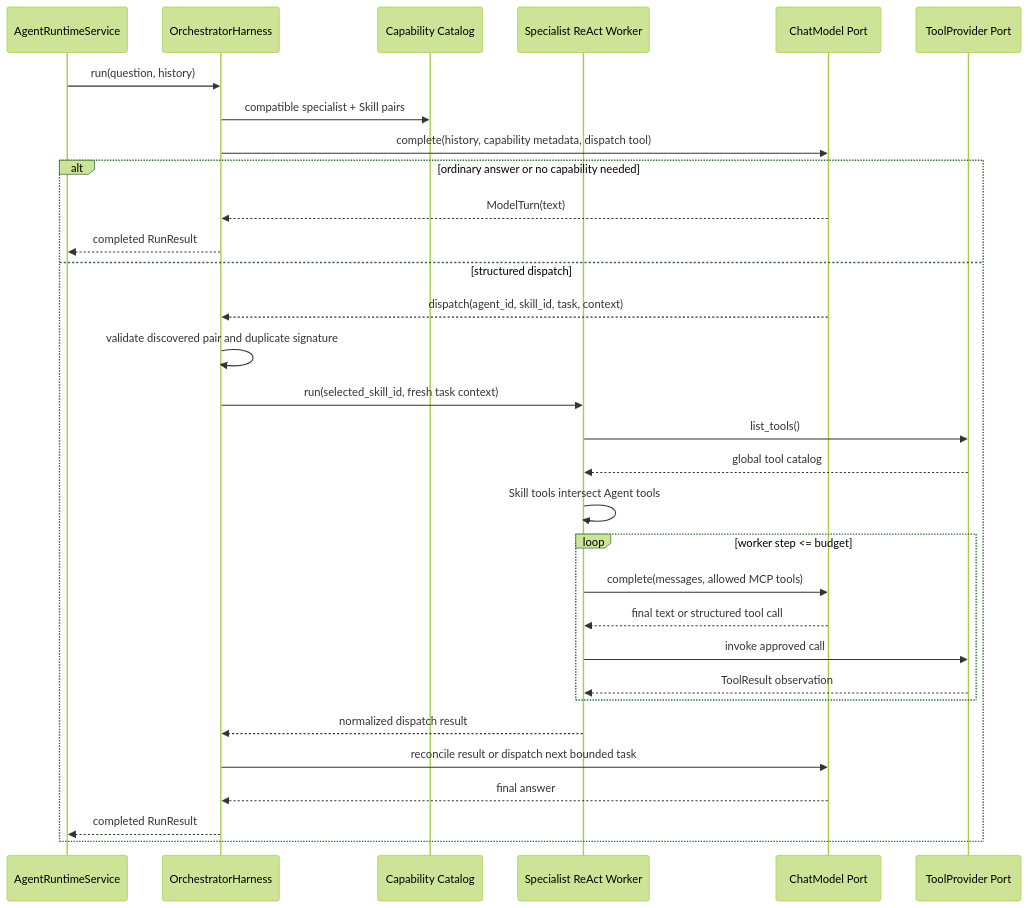
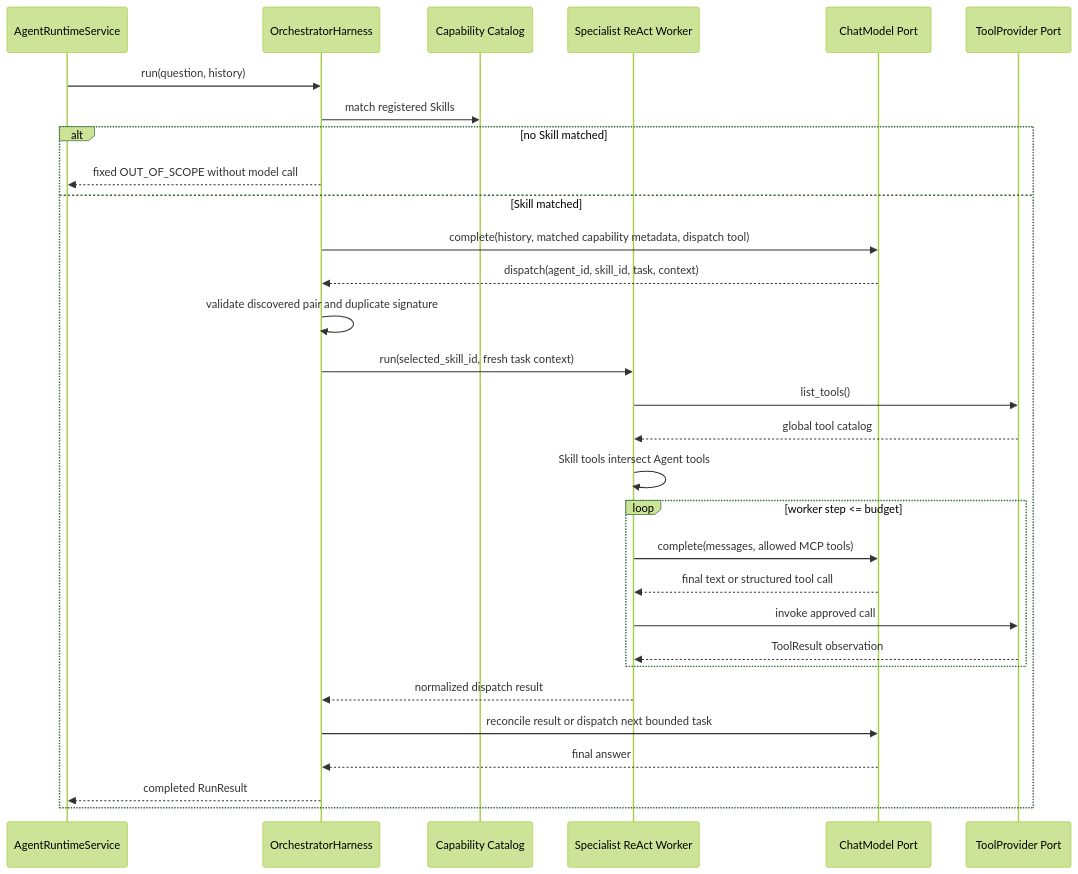
Before and after one commit to KawhiWei/nino-agent: the second of 3 diagrams in doc/agent-runtime-call-chain.md, drawn with Mermaid (forest theme). The commit also changed other lines of this file and 38 other files, not shown here.

````diff
--- a/doc/agent-runtime-call-chain.md
+++ b/doc/agent-runtime-call-chain.md
@@ -75,34 +75,33 @@
 ```mermaid
 sequenceDiagram
     participant S as AgentRuntimeService
     participant O as OrchestratorHarness
     participant C as Capability Catalog
     participant W as Specialist ReAct Worker
     participant M as ChatModel Port
     participant TP as ToolProvider Port
 
     S->>O: run(question, history)
-    O->>C: compatible specialist + Skill pairs
-    O->>M: complete(history, capability metadata, dispatch tool)
-    alt ordinary answer or no capability needed
-        M-->>O: ModelTurn(text)
-        O-->>S: completed RunResult
-    else structured dispatch
+    O->>C: match registered Skills
+    alt no Skill matched
+        O-->>S: fixed OUT_OF_SCOPE without model call
+    else Skill matched
+        O->>M: complete(history, matched capability metadata, dispatch tool)
         M-->>O: dispatch(agent_id, skill_id, task, context)
         O->>O: validate discovered pair and duplicate signature
         O->>W: run(selected_skill_id, fresh task context)
         W->>TP: list_tools()
         TP-->>W: global tool catalog
         W->>W: Skill tools intersect Agent tools
         loop worker step <= budget
             W->>M: complete(messages, allowed MCP tools)
             M-->>W: final text or structured tool call
             W->>TP: invoke approved call
             TP-->>W: ToolResult observation
         end
         W-->>O: normalized dispatch result
         O->>M: reconcile result or dispatch next bounded task
         M-->>O: final answer
         O-->>S: completed RunResult
     end
 ```
````
